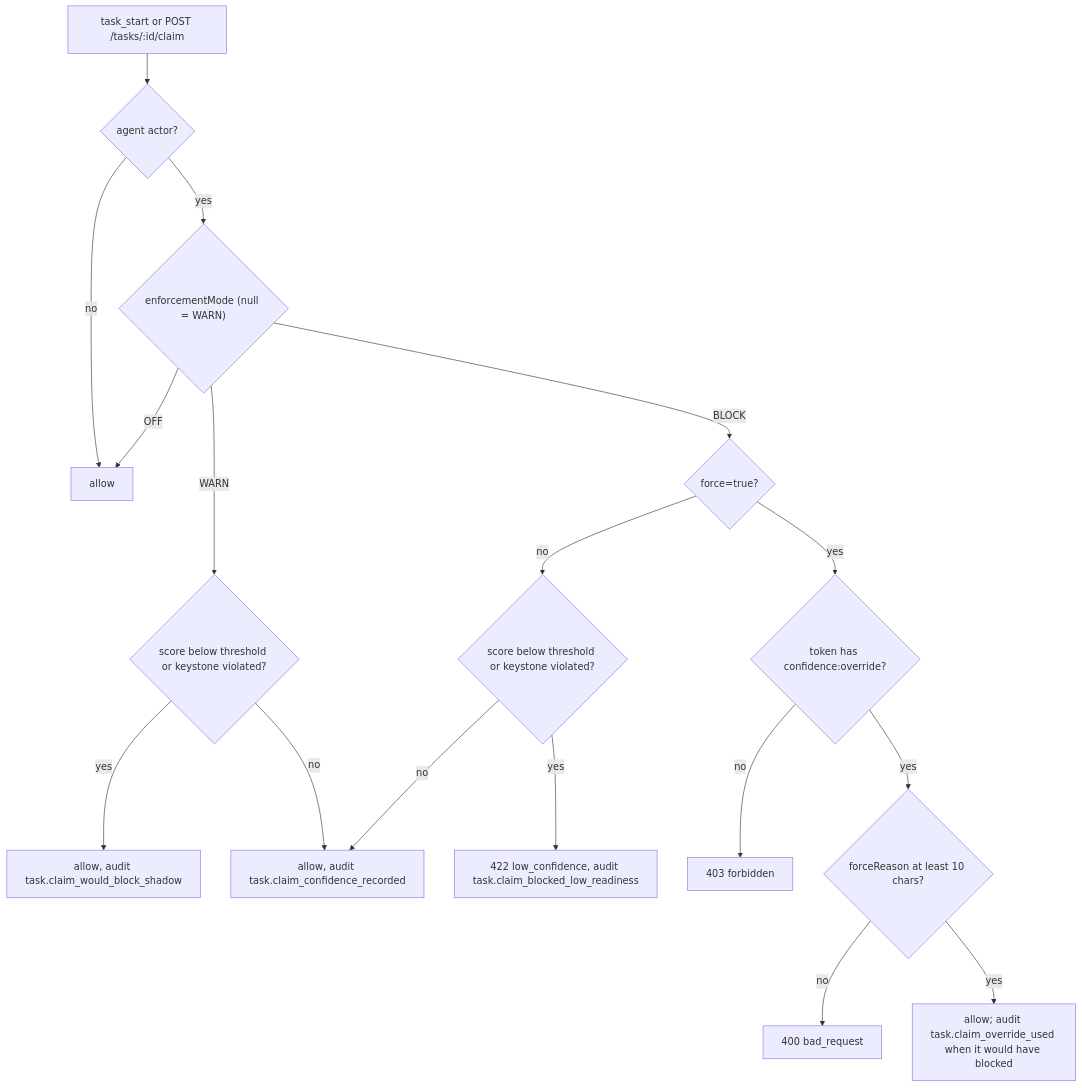
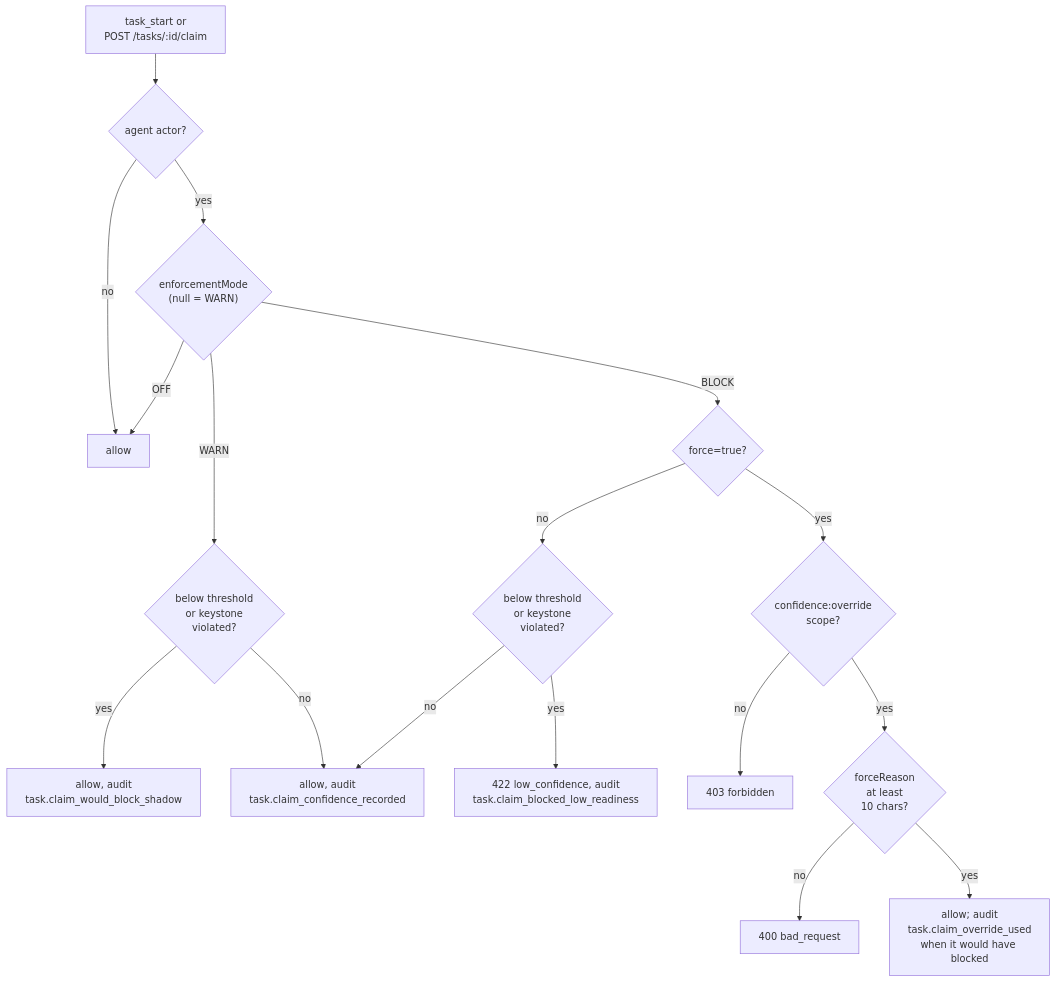
One commit to LanNguyenSi/agent-tasks changed the second of 2 diagrams in docs/state-machines.md. Above: the diagram before and after it, drawn with Mermaid. The commit also changed other lines of this file and 20 other files, not shown here.

````diff
--- a/docs/state-machines.md
+++ b/docs/state-machines.md
@@ -82,19 +82,19 @@
 ```mermaid
 flowchart TD
-    A["task_start or POST /tasks/:id/claim"] --> B{agent actor?}
+    A["task_start or<br/>POST /tasks/:id/claim"] --> B{agent actor?}
     B -- no --> OK[allow]
-    B -- yes --> C{"enforcementMode (null = WARN)"}
+    B -- yes --> C{"enforcementMode<br/>(null = WARN)"}
     C -- OFF --> OK
-    C -- WARN --> D{score below threshold or keystone violated?}
-    D -- yes --> W[allow, audit task.claim_would_block_shadow]
-    D -- no --> R[allow, audit task.claim_confidence_recorded]
+    C -- WARN --> D{"below threshold<br/>or keystone<br/>violated?"}
+    D -- yes --> W["allow, audit<br/>task.claim_would_block_shadow"]
+    D -- no --> R["allow, audit<br/>task.claim_confidence_recorded"]
     C -- BLOCK --> E{force=true?}
-    E -- no --> G{score below threshold or keystone violated?}
-    G -- yes --> X[422 low_confidence, audit task.claim_blocked_low_readiness]
+    E -- no --> G{"below threshold<br/>or keystone<br/>violated?"}
+    G -- yes --> X["422 low_confidence, audit<br/>task.claim_blocked_low_readiness"]
     G -- no --> R
-    E -- yes --> F{"token has confidence:override?"}
+    E -- yes --> F{"confidence:override<br/>scope?"}
     F -- no --> F403[403 forbidden]
-    F -- yes --> H{forceReason at least 10 chars?}
+    F -- yes --> H{"forceReason<br/>at least<br/>10 chars?"}
     H -- no --> F400[400 bad_request]
-    H -- yes --> O[allow; audit task.claim_override_used when it would have blocked]
+    H -- yes --> O["allow; audit<br/>task.claim_override_used<br/>when it would have blocked"]
 ```
````
